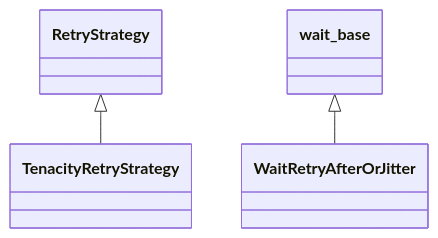
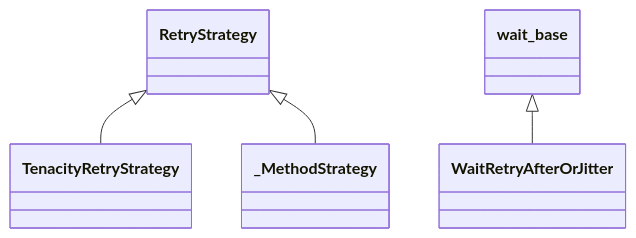
The first of 2 diagrams in docs/modules/kgfoundry_common/http/tenacity_retry.md (paul-heyse/kgforge), drawn with Mermaid before and after one commit. The commit also changed other lines of this file and 45 other files, not shown here.

````diff
--- a/docs/modules/kgfoundry_common/http/tenacity_retry.md
+++ b/docs/modules/kgfoundry_common/http/tenacity_retry.md
@@ -57,9 +74,11 @@
 ```mermaid
 classDiagram
     class TenacityRetryStrategy
     class RetryStrategy
     RetryStrategy <|-- TenacityRetryStrategy
     class WaitRetryAfterOrJitter
     class wait_base
     wait_base <|-- WaitRetryAfterOrJitter
+    class _MethodStrategy
+    RetryStrategy <|-- _MethodStrategy
 ```
````
